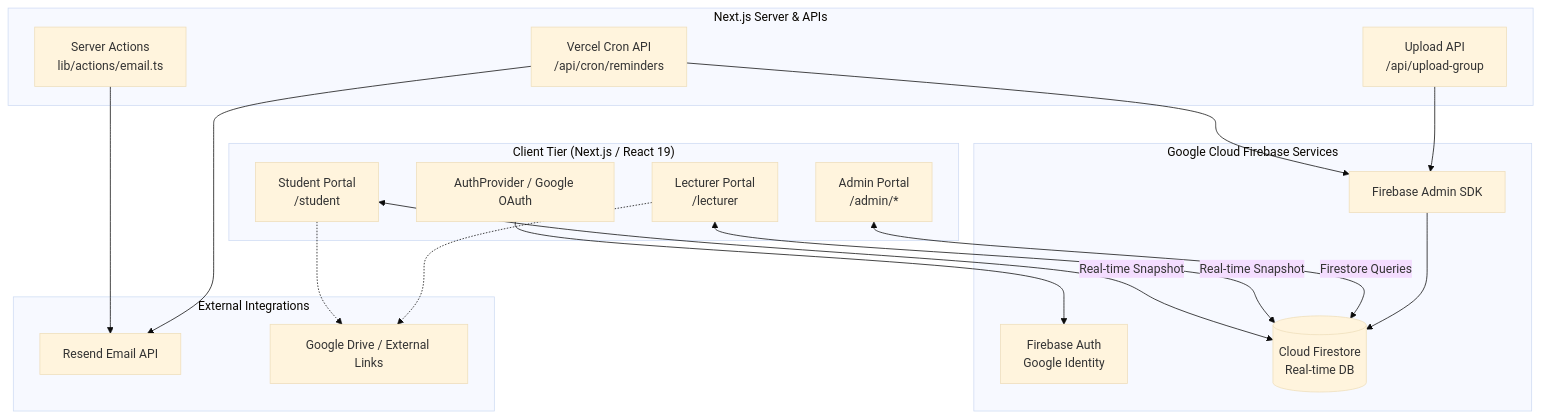
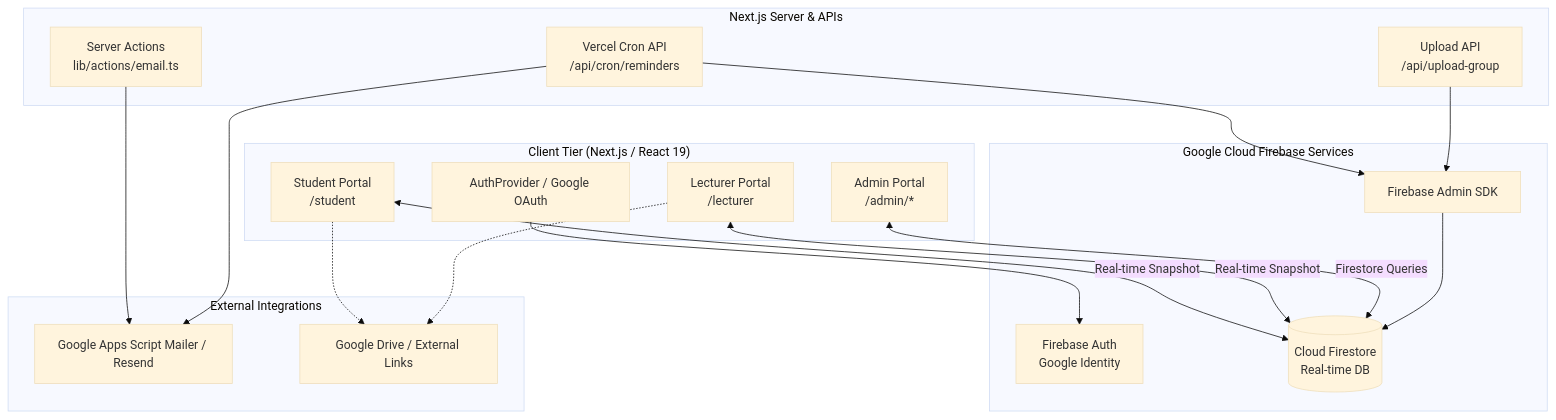
One commit to ChaoprayaSoft/ThesisPortal changed the first of 2 diagrams in APP.md. Above: the diagram before and after it, drawn with Mermaid (base theme). The commit also changed other lines of this file and 3 other files, not shown here.

Commit message:
feat(email): add Google Apps Script mailer integration with Resend fallback

````diff
--- a/APP.md
+++ b/APP.md
@@ -94,39 +95,39 @@
 ```mermaid
 flowchart TD
     subgraph Client["Client Tier (Next.js / React 19)"]
         A[Student Portal\n/student]
         B[Lecturer Portal\n/lecturer]
         C[Admin Portal\n/admin/*]
         Auth[AuthProvider / Google OAuth]
     end
 
     subgraph Backend["Next.js Server & APIs"]
         SA[Server Actions\nlib/actions/email.ts]
         CRON[Vercel Cron API\n/api/cron/reminders]
         IMPORT[Upload API\n/api/upload-group]
     end
 
     subgraph Firebase["Google Cloud Firebase Services"]
         FAuth[Firebase Auth\nGoogle Identity]
         Firestore[(Cloud Firestore\nReal-time DB)]
         FAdmin[Firebase Admin SDK]
     end
 
     subgraph External["External Integrations"]
-        Resend[Resend Email API]
+        EmailService[Google Apps Script Mailer / Resend]
         GDrive[Google Drive / External Links]
     end
 
     Auth --> FAuth
     A <-->|Real-time Snapshot| Firestore
     B <-->|Real-time Snapshot| Firestore
     C <-->|Firestore Queries| Firestore
     
     CRON --> FAdmin
     IMPORT --> FAdmin
     FAdmin --> Firestore
-    SA --> Resend
-    CRON --> Resend
+    SA --> EmailService
+    CRON --> EmailService
     A -.-> GDrive
     B -.-> GDrive
 ```
````
